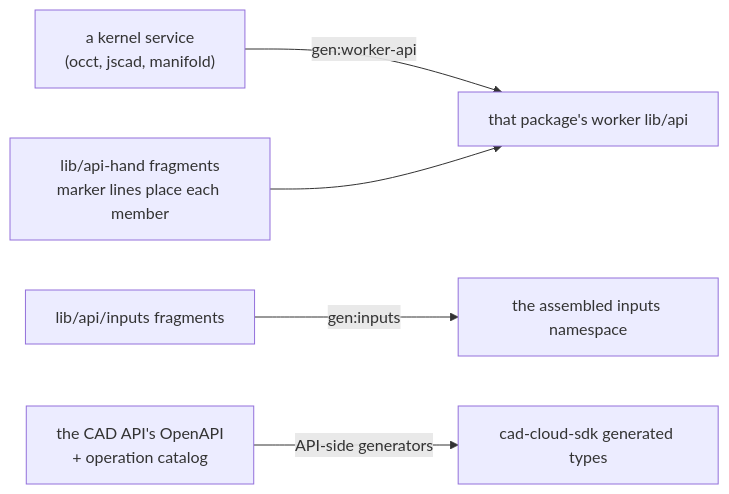
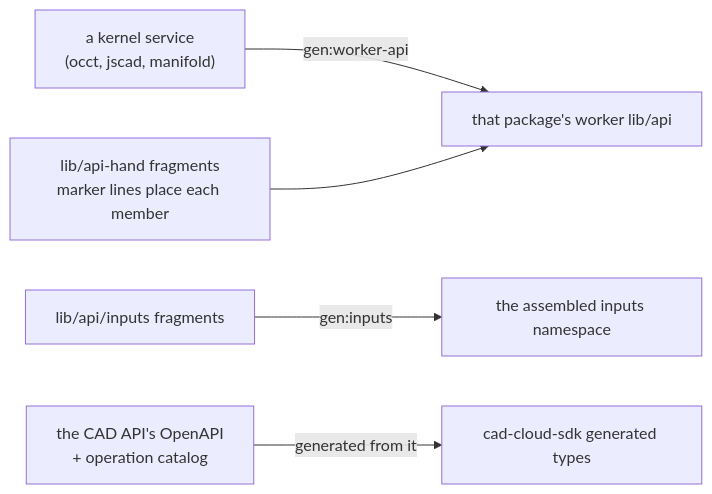
Before and after one commit to bitbybit-dev/bitbybit: the second of 2 diagrams in ARCHITECTURE.md, drawn with Mermaid. The commit also changed other lines of this file and 188 other files, not shown here.

````diff
--- a/ARCHITECTURE.md
+++ b/ARCHITECTURE.md
@@ -109,7 +109,7 @@
 ```mermaid
 flowchart LR
     kernel["a kernel service<br/>(occt, jscad, manifold)"] -->|gen:worker-api| workerapi["that package's worker lib/api"]
     hand["lib/api-hand fragments<br/>marker lines place each member"] --> workerapi
     frag["lib/api/inputs fragments"] -->|gen:inputs| ns["the assembled inputs namespace"]
-    openapi["the CAD API's OpenAPI<br/>+ operation catalog"] -->|API-side generators| sdk["cad-cloud-sdk generated types"]
+    openapi["the CAD API's OpenAPI<br/>+ operation catalog"] -->|generated from it| sdk["cad-cloud-sdk generated types"]
 ```
````
